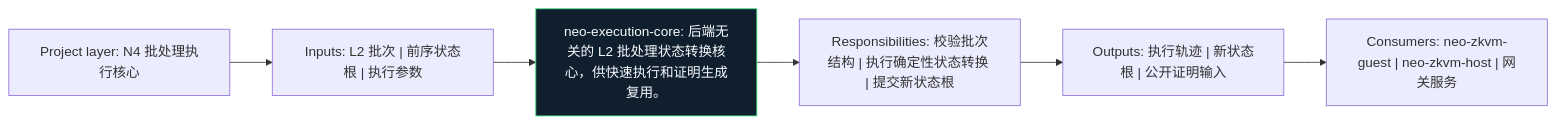
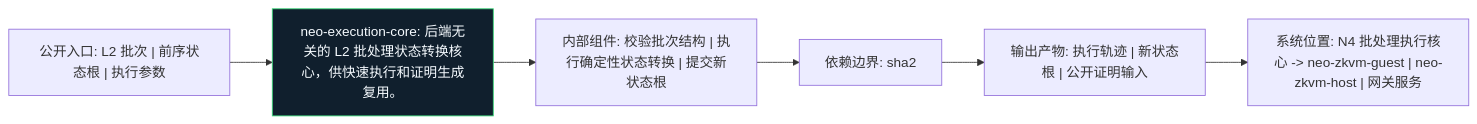
One commit to r3e-network/neo-n4 changed the diagram in bridge/neo-execution-core/docs/figures/architecture.zh.mmd. Above: the diagram before and after it, drawn with Mermaid. The commit also changed 129 other files, not shown here.

```diff
--- a/bridge/neo-execution-core/docs/figures/architecture.zh.mmd
+++ b/bridge/neo-execution-core/docs/figures/architecture.zh.mmd
@@ -1,14 +1,14 @@
 flowchart LR
-    N1["Project layer: N4 批处理执行核心"]
-    N2["Inputs: L2 批次 | 前序状态根 | 执行参数"]
-    N3["neo-execution-core: 后端无关的 L2 批处理状态转换核心，供快速执行和证明生成复用。"]
-    N4["Responsibilities: 校验批次结构 | 执行确定性状态转换 | 提交新状态根"]
-    N5["Outputs: 执行轨迹 | 新状态根 | 公开证明输入"]
-    N6["Consumers: neo-zkvm-guest | neo-zkvm-host | 网关服务"]
+    N1["公开入口: L2 批次 | 前序状态根 | 执行参数"]
+    N2["neo-execution-core: 后端无关的 L2 批处理状态转换核心，供快速执行和证明生成复用。"]
+    N3["内部组件: 校验批次结构 | 执行确定性状态转换 | 提交新状态根"]
+    N4["依赖边界: sha2"]
+    N5["输出产物: 执行轨迹 | 新状态根 | 公开证明输入"]
+    N6["系统位置: N4 批处理执行核心 -> neo-zkvm-guest | neo-zkvm-host | 网关服务"]
     N1 --> N2
     N2 --> N3
     N3 --> N4
     N4 --> N5
     N5 --> N6
     classDef crate fill:#101f2d,stroke:#38d978,color:#f6fbff
-    class N3 crate
+    class N2 crate
```
